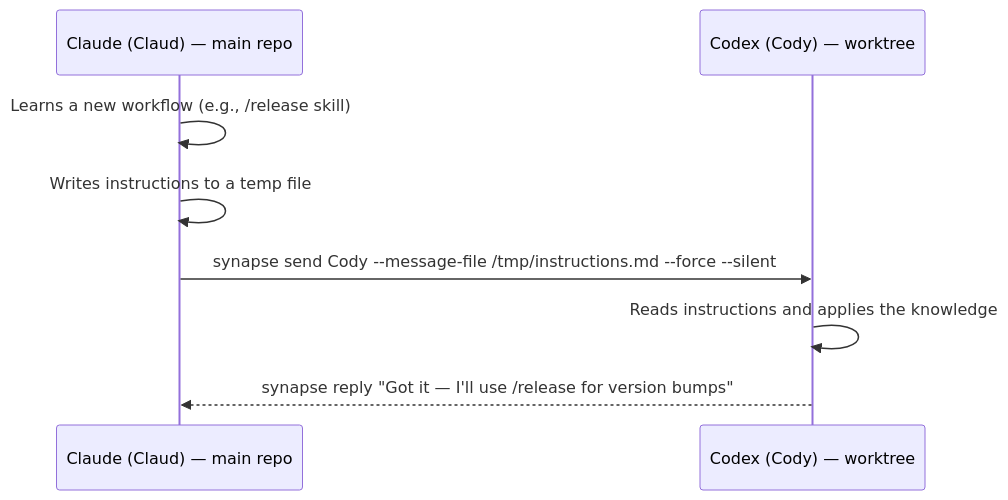
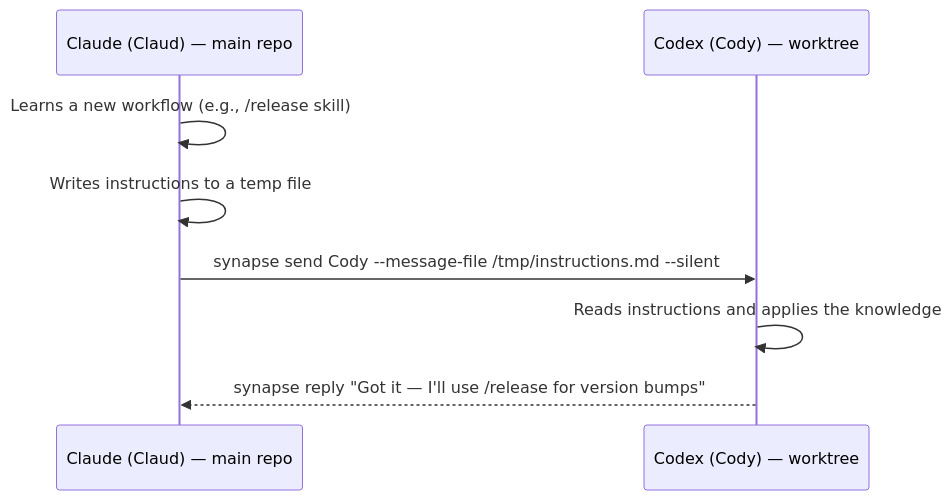
One commit to s-hiraoku/synapse-a2a changed the ninth of 9 diagrams in site-docs/guide/cross-agent-scenarios.md. Above: the diagram before and after it, drawn with Mermaid. The commit also changed other lines of this file and 17 other files, not shown here.

First line of the commit message:
fix: synapse send no longer blocks worktree agents without --force (#501)

````diff
--- a/site-docs/guide/cross-agent-scenarios.md
+++ b/site-docs/guide/cross-agent-scenarios.md
@@ -592,11 +592,11 @@
 ```mermaid
 sequenceDiagram
     participant Manager as Claude (Claud) — main repo
     participant Worker as Codex (Cody) — worktree
 
     Manager->>Manager: Learns a new workflow (e.g., /release skill)
     Manager->>Manager: Writes instructions to a temp file
-    Manager->>Worker: synapse send Cody --message-file /tmp/instructions.md --force --silent
+    Manager->>Worker: synapse send Cody --message-file /tmp/instructions.md --silent
     Worker->>Worker: Reads instructions and applies the knowledge
     Worker-->>Manager: synapse reply "Got it — I'll use /release for version bumps"
 ```
````
